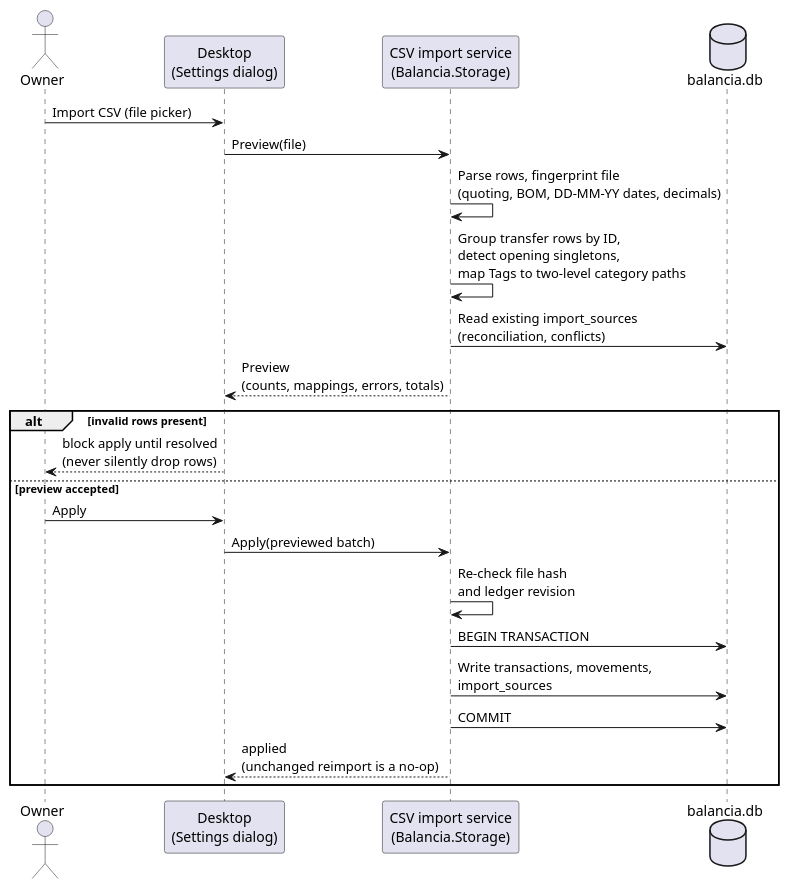
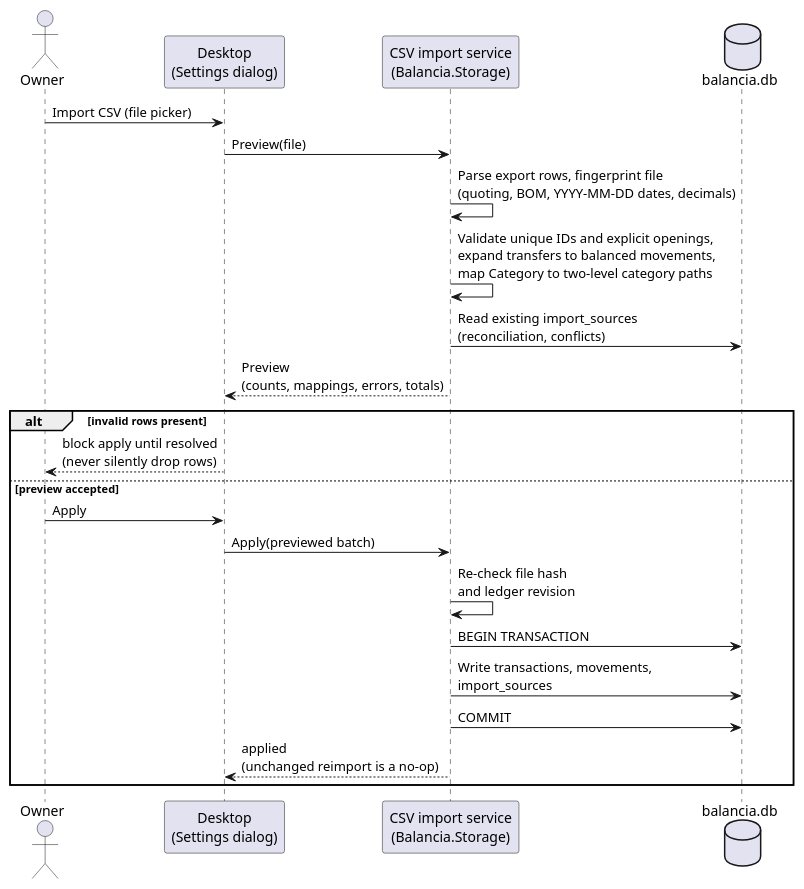
One commit to Tariatan/Balancia changed the fourth of 5 diagrams in docs/Technical_Design_Description.md. Above: the diagram before and after it, drawn with PlantUML. The commit also changed other lines of this file and 23 other files, not shown here.

````diff
--- a/docs/Technical_Design_Description.md
+++ b/docs/Technical_Design_Description.md
@@ -352,26 +353,26 @@
 ```plantuml
 @startuml
 actor Owner
 participant "Desktop\n(Settings dialog)" as UI
 participant "CSV import service\n(Balancia.Storage)" as Import
 database "balancia.db" as Db
 
 Owner -> UI : Import CSV (file picker)
 UI -> Import : Preview(file)
-Import -> Import : Parse rows, fingerprint file\n(quoting, BOM, DD-MM-YY dates, decimals)
-Import -> Import : Group transfer rows by ID,\ndetect opening singletons,\nmap Tags to two-level category paths
+Import -> Import : Parse export rows, fingerprint file\n(quoting, BOM, YYYY-MM-DD dates, decimals)
+Import -> Import : Validate unique IDs and explicit openings,\nexpand transfers to balanced movements,\nmap Category to two-level category paths
 Import -> Db : Read existing import_sources\n(reconciliation, conflicts)
 Import --> UI : Preview\n(counts, mappings, errors, totals)
 alt invalid rows present
   UI --> Owner : block apply until resolved\n(never silently drop rows)
 else preview accepted
   Owner -> UI : Apply
   UI -> Import : Apply(previewed batch)
   Import -> Import : Re-check file hash\nand ledger revision
   Import -> Db : BEGIN TRANSACTION
   Import -> Db : Write transactions, movements,\nimport_sources
   Import -> Db : COMMIT
   Import --> UI : applied\n(unchanged reimport is a no-op)
 end
 @enduml
 ```
````
